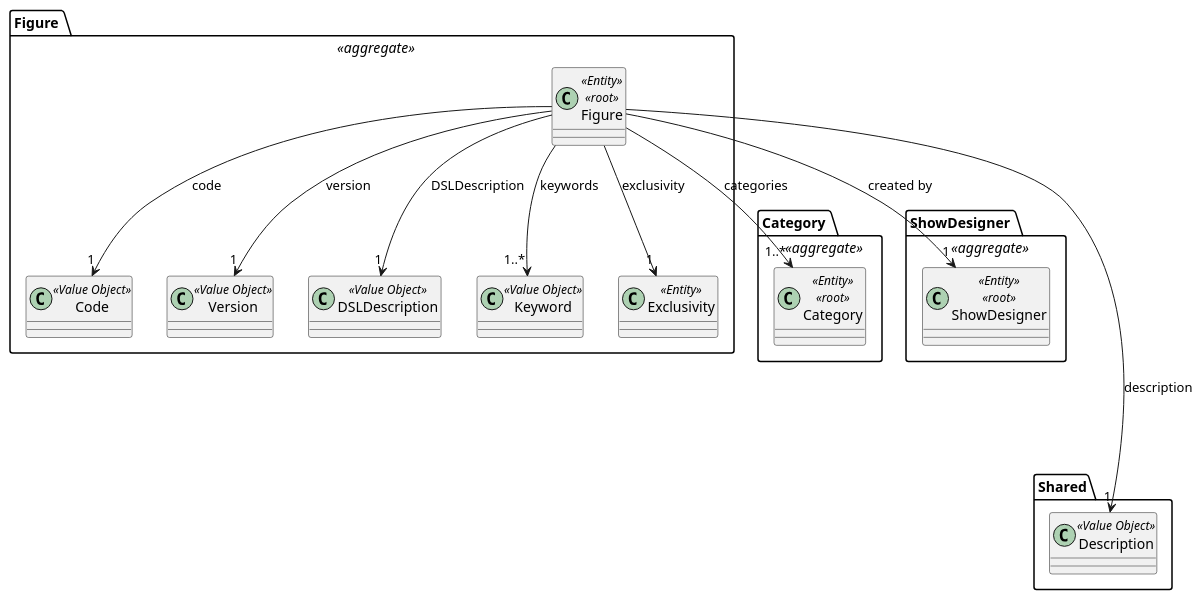
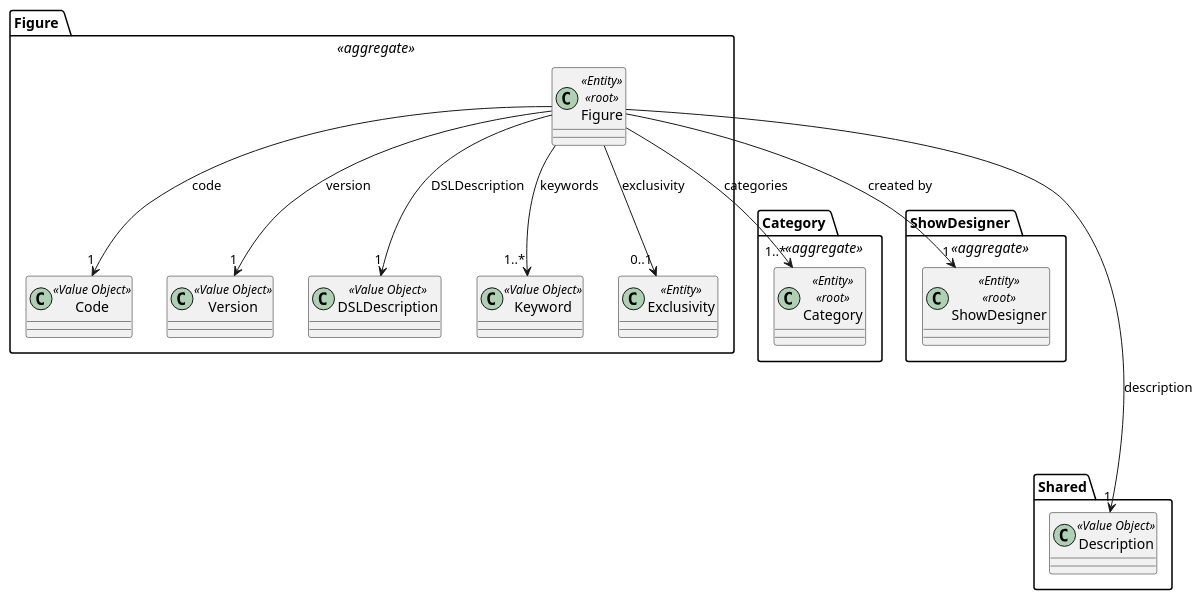
Before and after one commit to diogoveirospro/sem4pi-2024-2025-sem4pi_2024_2025_g44: the diagram in docs/SPRINT_2/US233/puml/domain_model_us233.puml, drawn with PlantUML. The commit also changed 9 other files, not shown here.

Commit message:
#6 #21 #22 #23 Correction of the cardinality of the link between the figure and the exclusivity in some models.

```diff
--- a/docs/SPRINT_2/US233/puml/domain_model_us233.puml
+++ b/docs/SPRINT_2/US233/puml/domain_model_us233.puml
@@ -1,60 +1,60 @@
 @startuml
 
 package "Figure " <<aggregate>> {
 
     class Figure <<Entity>> <<root>>{
     }
 
     class Code <<Value Object>>{
     }
 
     class Version <<Value Object>>{
     }
 
     class DSLDescription <<Value Object>>{
     }
 
     class Keyword <<Value Object>>{
     }
 
     class Exclusivity <<Entity>>{
     }
 
 
     'Figure -> x
     Figure --> "1" DSLDescription: DSLDescription
     Figure --> "1..*" Keyword: keywords
-    Figure --> "1" Exclusivity: exclusivity
+    Figure --> "0..1" Exclusivity: exclusivity
     Figure --> "1" Code: code
     Figure --> "1" Version: version
 
 }
 
 package "Category " <<aggregate>>{
 
     class Category <<Entity>> <<root>>{
     }
 
     'Figure -> x
     Figure --> "1..*" Category: categories
 }
 
 package "ShowDesigner " <<aggregate>>{
 
     class ShowDesigner <<Entity>> <<root>>{
     }
 
     'Figure -> x
     Figure --> "1" ShowDesigner: created by
 }
 
 package "Shared" {
 
     class Description <<Value Object>>{
     }
 
     'Figure -> x
     Figure ----> "1" Description: description
 }
 
 @enduml
```
